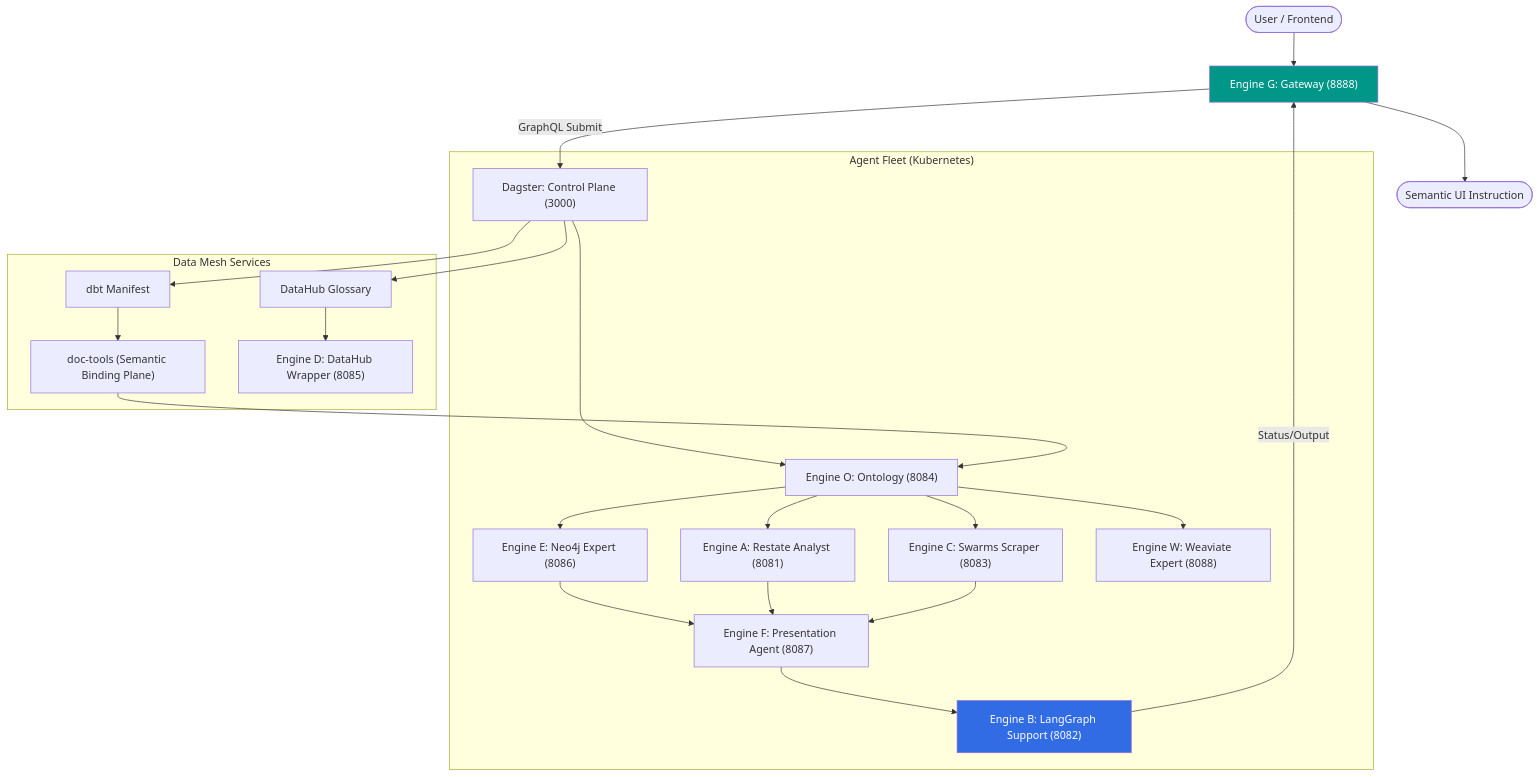
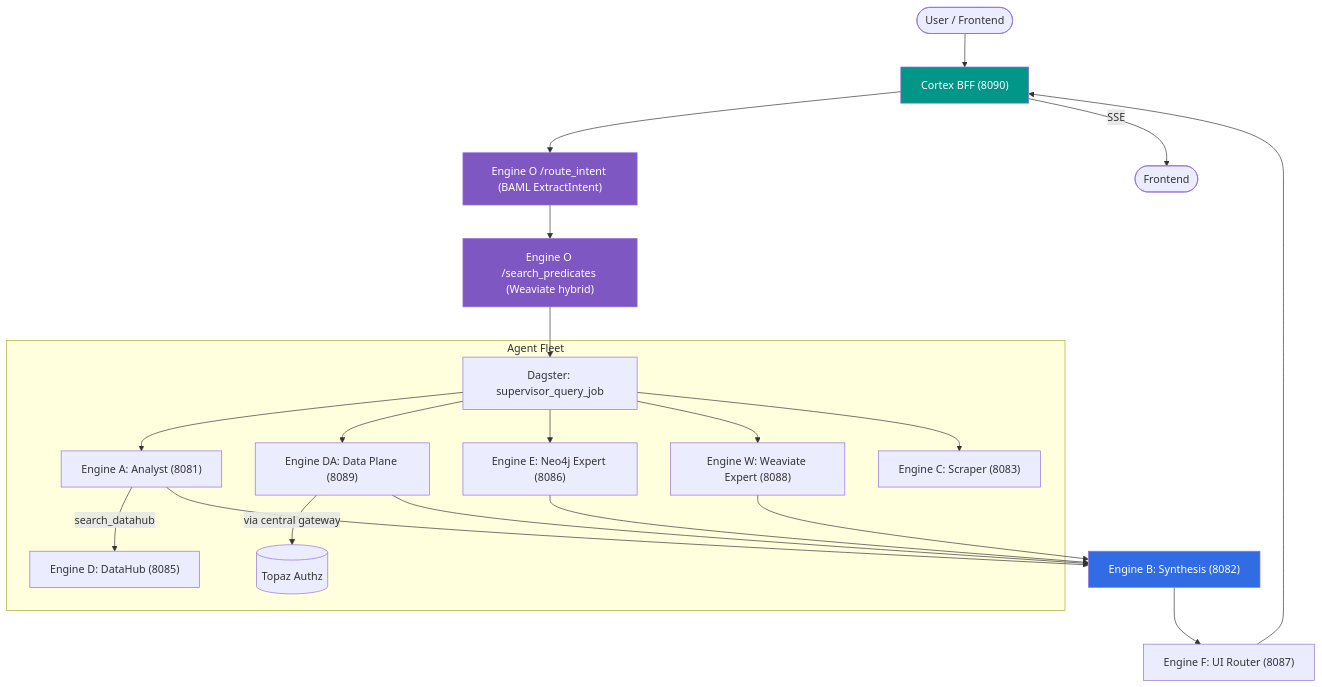
Before and after one commit to edgy-solutions/invincible-agent: the first of 2 diagrams in README.md, drawn with Mermaid. The commit also changed other lines of this file and 3 other files, not shown here.

````diff
--- a/README.md
+++ b/README.md
@@ -50,32 +68,32 @@
 ```mermaid
 graph TD
-    User([User / Frontend]) --> G["Engine G: Gateway (8888)"]
-    G -- GraphQL Submit --> D["Dagster: Control Plane (3000)"]
-    
-    subgraph Mesh["Agent Fleet (Kubernetes)"]
-        D --> O["Engine O: Ontology (8084)"]
-        O --> E["Engine E: Neo4j Expert (8086)"]
-        O --> A["Engine A: Restate Analyst (8081)"]
-        O --> C["Engine C: Swarms Scraper (8083)"]
-        O --> W["Engine W: Weaviate Expert (8088)"]
-        
-        E --> F["Engine F: Presentation Agent (8087)"]
-        A --> F
-        C --> F
-        F --> B["Engine B: LangGraph Support (8082)"]
-    end
-    
-    subgraph DataLayer["Data Mesh Services"]
-        D --> dbt["dbt Manifest"]
-        dbt --> doc["doc-tools (Semantic Binding Plane)"]
-        doc --> O
-        D --> DH["DataHub Glossary"]
-        DH --> DR["Engine D: DataHub Wrapper (8085)"]
+    User([User / Frontend]) --> BFF["Cortex BFF (8090)"]
+    BFF --> O_intent["Engine O /route_intent (BAML ExtractIntent)"]
+    O_intent --> O_predicates["Engine O /search_predicates (Weaviate hybrid)"]
+    O_predicates --> D_orch["Dagster: supervisor_query_job"]
+
+    subgraph Mesh["Agent Fleet"]
+        D_orch --> A["Engine A: Analyst (8081)"]
+        D_orch --> DA["Engine DA: Data Plane (8089)"]
+        D_orch --> E["Engine E: Neo4j Expert (8086)"]
+        D_orch --> W["Engine W: Weaviate Expert (8088)"]
+        D_orch --> C["Engine C: Scraper (8083)"]
+        A -- search_datahub --> D["Engine D: DataHub (8085)"]
+        DA -- via central gateway --> Topaz[("Topaz Authz")]
     end
 
-    B -- Status/Output --> G
-    G --> UI([Semantic UI Instruction])
+    A --> B["Engine B: Synthesis (8082)"]
+    E --> B
+    W --> B
+    DA --> B
 
-    style G fill:#009688,color:#fff
+    B --> F["Engine F: UI Router (8087)"]
+    F --> BFF
+
+    BFF -- SSE --> UI([Frontend])
+
+    style BFF fill:#009688,color:#fff
     style B fill:#326CE5,color:#fff
+    style O_intent fill:#7E57C2,color:#fff
+    style O_predicates fill:#7E57C2,color:#fff
 ```
````
